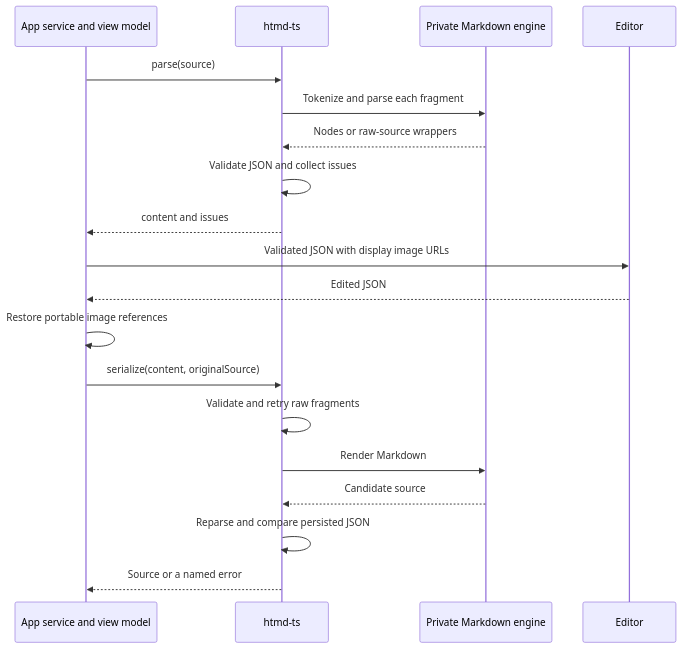
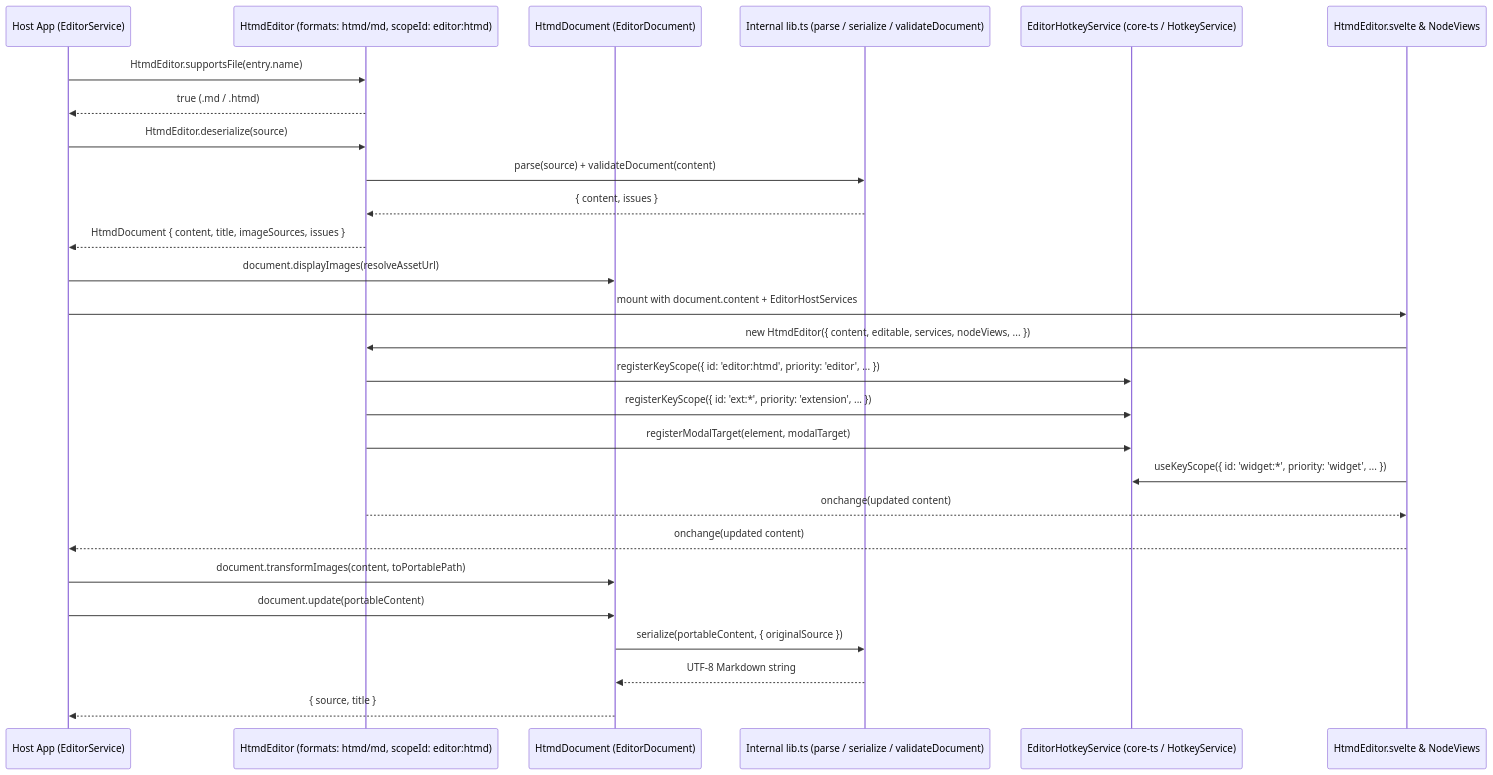
One commit to hypertextual/hypertextual changed the second of 2 diagrams in docs/architecture/htmd-ts.md. Above: the diagram before and after it, drawn with Mermaid. The commit also changed other lines of this file and 111 other files, not shown here.

Commit message:
refactor(ui): unify EditorExtension system and Svelte component keybindings under HotkeyService

````diff
--- a/docs/architecture/htmd-ts.md
+++ b/docs/architecture/htmd-ts.md
@@ -57,21 +67,30 @@
 ```mermaid
 sequenceDiagram
-    participant App as App service and view model
-    participant API as htmd-ts
-    participant Engine as Private Markdown engine
-    participant UI as Editor
-    App->>API: parse(source)
-    API->>Engine: Tokenize and parse each fragment
-    Engine-->>API: Nodes or raw-source wrappers
-    API->>API: Validate JSON and collect issues
-    API-->>App: content and issues
-    App->>UI: Validated JSON with display image URLs
-    UI-->>App: Edited JSON
-    App->>App: Restore portable image references
-    App->>API: serialize(content, originalSource)
-    API->>API: Validate and retry raw fragments
-    API->>Engine: Render Markdown
-    Engine-->>API: Candidate source
-    API->>API: Reparse and compare persisted JSON
-    API-->>App: Source or a named error
+    participant App as Host App (EditorService)
+    participant HE as HtmdEditor (formats: htmd/md, scopeId: editor:htmd)
+    participant HD as HtmdDocument (EditorDocument)
+    participant Codec as Internal lib.ts (parse / serialize / validateDocument)
+    participant Hotkeys as EditorHotkeyService (core-ts / HotkeyService)
+    participant UI as HtmdEditor.svelte & NodeViews
+
+    App->>HE: HtmdEditor.supportsFile(entry.name)
+    HE-->>App: true (.md / .htmd)
+    App->>HE: HtmdEditor.deserialize(source)
+    HE->>Codec: parse(source) + validateDocument(content)
+    Codec-->>HE: { content, issues }
+    HE-->>App: HtmdDocument { content, title, imageSources, issues }
+    App->>HD: document.displayImages(resolveAssetUrl)
+    App->>UI: mount with document.content + EditorHostServices
+    UI->>HE: new HtmdEditor({ content, editable, services, nodeViews, ... })
+    HE->>Hotkeys: registerKeyScope({ id: 'editor:htmd', priority: 'editor', ... })
+    HE->>Hotkeys: registerKeyScope({ id: 'ext:*', priority: 'extension', ... })
+    HE->>Hotkeys: registerModalTarget(element, modalTarget)
+    UI->>Hotkeys: useKeyScope({ id: 'widget:*', priority: 'widget', ... })
+    HE-->>UI: onchange(updated content)
+    UI-->>App: onchange(updated content)
+    App->>HD: document.transformImages(content, toPortablePath)
+    App->>HD: document.update(portableContent)
+    HD->>Codec: serialize(portableContent, { originalSource })
+    Codec-->>HD: UTF-8 Markdown string
+    HD-->>App: { source, title }
 ```
````
